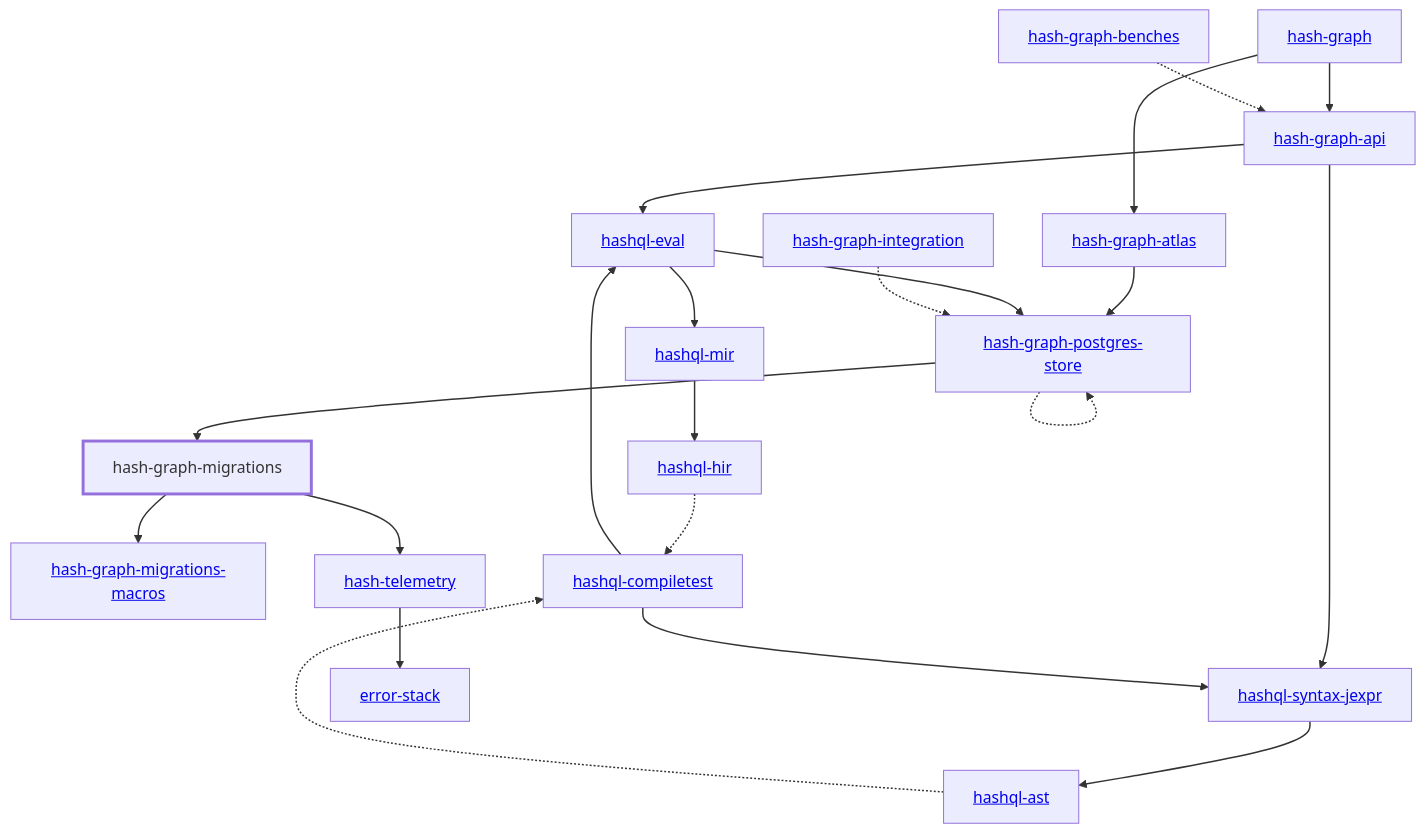
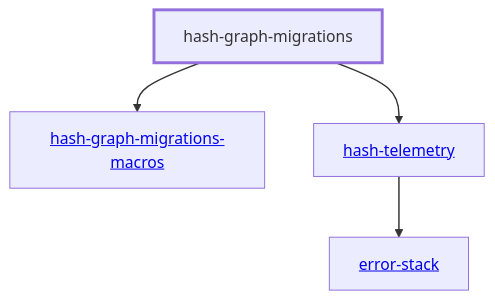
One commit to hashintel/hash changed the diagram in libs/@local/graph/migrations/docs/dependency-diagram.mmd. Above: the diagram before and after it, drawn with Mermaid. The commit also changed 12 other files, not shown here.

Commit message:
Update dependency diagrams

```diff
--- a/libs/@local/graph/migrations/docs/dependency-diagram.mmd
+++ b/libs/@local/graph/migrations/docs/dependency-diagram.mmd
@@ -1,47 +1,18 @@
 graph TD
     linkStyle default stroke-width:1.5px
     classDef default stroke-width:1px
     classDef root stroke-width:3px
     classDef dev stroke-width:1px
     classDef build stroke-width:1px
     %% Legend
     %% --> : Normal dependency
     %% -.-> : Dev dependency
     %% ---> : Build dependency
-    0[<a href="../hash_graph/index.html">hash-graph</a>]
-    1[<a href="../hash_graph_api/index.html">hash-graph-api</a>]
-    2[<a href="../hash_graph_atlas/index.html">hash-graph-atlas</a>]
-    3[hash-graph-migrations]
-    class 3 root
-    4[<a href="../hash_graph_migrations_macros/index.html">hash-graph-migrations-macros</a>]
-    5[<a href="../hash_graph_postgres_store/index.html">hash-graph-postgres-store</a>]
-    6[<a href="../hashql_ast/index.html">hashql-ast</a>]
-    7[<a href="../hashql_compiletest/index.html">hashql-compiletest</a>]
-    8[<a href="../hashql_eval/index.html">hashql-eval</a>]
-    9[<a href="../hashql_hir/index.html">hashql-hir</a>]
-    10[<a href="../hashql_mir/index.html">hashql-mir</a>]
-    11[<a href="../hashql_syntax_jexpr/index.html">hashql-syntax-jexpr</a>]
-    12[<a href="../hash_telemetry/index.html">hash-telemetry</a>]
-    13[<a href="../error_stack/index.html">error-stack</a>]
-    14[<a href="../hash_graph_benches/index.html">hash-graph-benches</a>]
-    15[<a href="../hash_graph_integration/index.html">hash-graph-integration</a>]
+    0[hash-graph-migrations]
+    class 0 root
+    1[<a href="../hash_graph_migrations_macros/index.html">hash-graph-migrations-macros</a>]
+    2[<a href="../hash_telemetry/index.html">hash-telemetry</a>]
+    3[<a href="../error_stack/index.html">error-stack</a>]
     0 --> 1
     0 --> 2
-    1 --> 8
-    1 --> 11
-    2 --> 5
-    3 --> 4
-    3 --> 12
-    5 --> 3
-    5 -.-> 5
-    6 -.-> 7
-    7 --> 8
-    7 --> 11
-    8 --> 5
-    8 --> 10
-    9 -.-> 7
-    10 --> 9
-    11 --> 6
-    12 --> 13
-    14 -.-> 1
-    15 -.-> 5
+    2 --> 3
```
